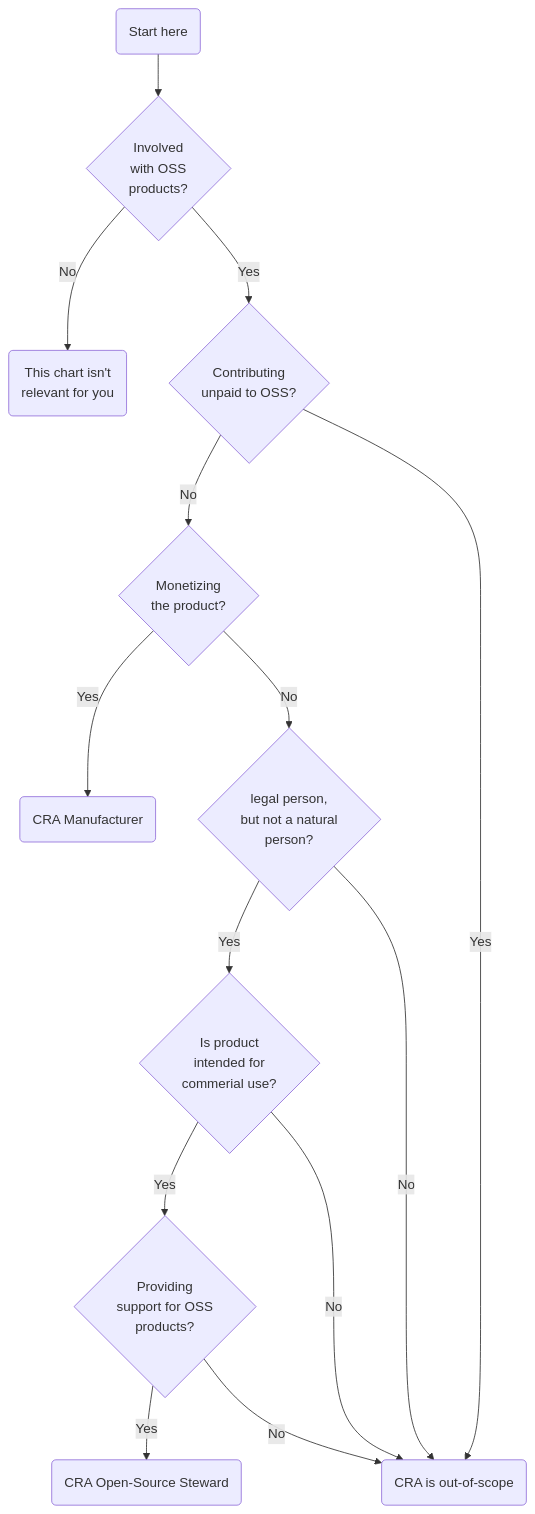
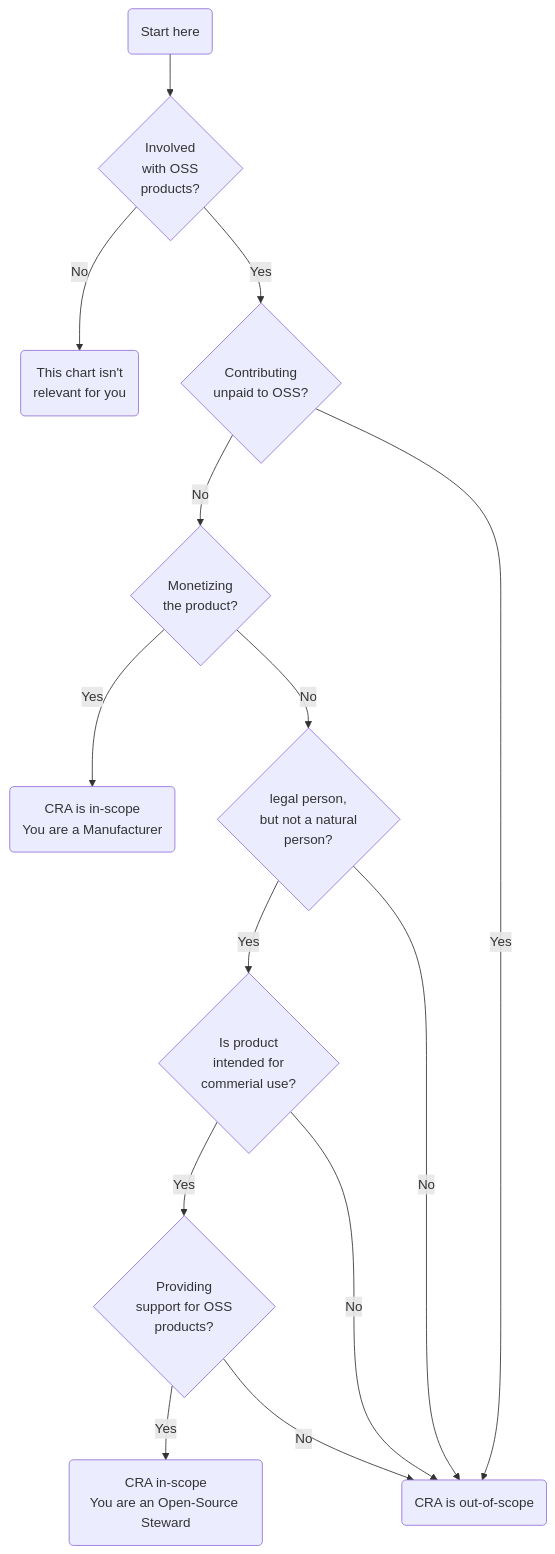
One commit to CPAN-Security/security.metacpan.org changed the third of 3 diagrams in docs/supplychain-sbom.md. Above: the diagram before and after it, drawn with Mermaid.

Commit message:
Clarify CRA in-scope in the Steward graph

````diff
--- a/docs/supplychain-sbom.md
+++ b/docs/supplychain-sbom.md
@@ -671,23 +671,23 @@
 ```mermaid
 graph TB
     start-here(Start here) --> involved{Involved<br>with OSS<br>products?}
     involved  -->|No| not-relevant-for-you(This chart isn't<br>relevant for you)
     involved -->|Yes| contributing{Contributing<br>unpaid to OSS?}
     contributing  -->|No| monetised{Monetizing<br>the product?}
     contributing -->|Yes| cra-is-out-of-scope(CRA is out-of-scope)
-    monetised -->|Yes| cra-manufacturer(CRA Manufacturer)
+    monetised -->|Yes| cra-manufacturer(CRA is in-scope<br>You are a Manufacturer)
     monetised -->|No| is-legal-entity{legal person,<br> but not a natural<br>person?}
     is-legal-entity -->|Yes| intended-commercial-use{Is product<br>intended for<br>commerial use?}
     is-legal-entity -->|No| cra-is-out-of-scope
     intended-commercial-use -->|No| cra-is-out-of-scope
     intended-commercial-use -->|Yes| product-supporter{Providing<br>support for OSS<br>products?}
-    product-supporter -->|Yes| cra-oss-steward(CRA Open-Source Steward)
+    product-supporter -->|Yes| cra-oss-steward(CRA in-scope<br>You are an Open-Source Steward)
     product-supporter -->|No| cra-is-out-of-scope
 
     %% Based on the flowchart made by Maarten Aertsen (NLNetLabs) found at
     %% https://blog.nlnetlabs.nl/what-i-learned-in-brussels-the-cyber-resilience-act/
 
     %% Original flowchart © Maarten Aertsen <maarten@nlnetlabs.nl>
     %% License: CC0 1.0 Universal
     %% Adapted to Mermaid and modified by Salve J. Nilsen <sjn@oslo.pm>
 ```
````
